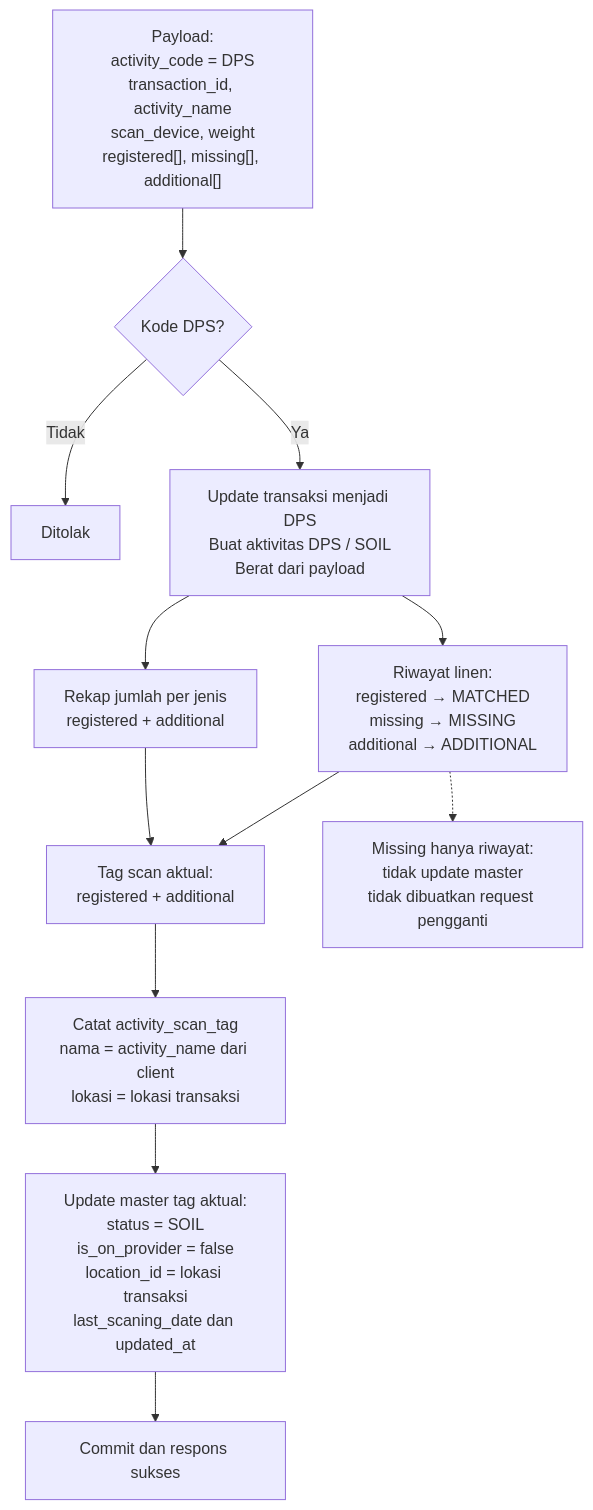
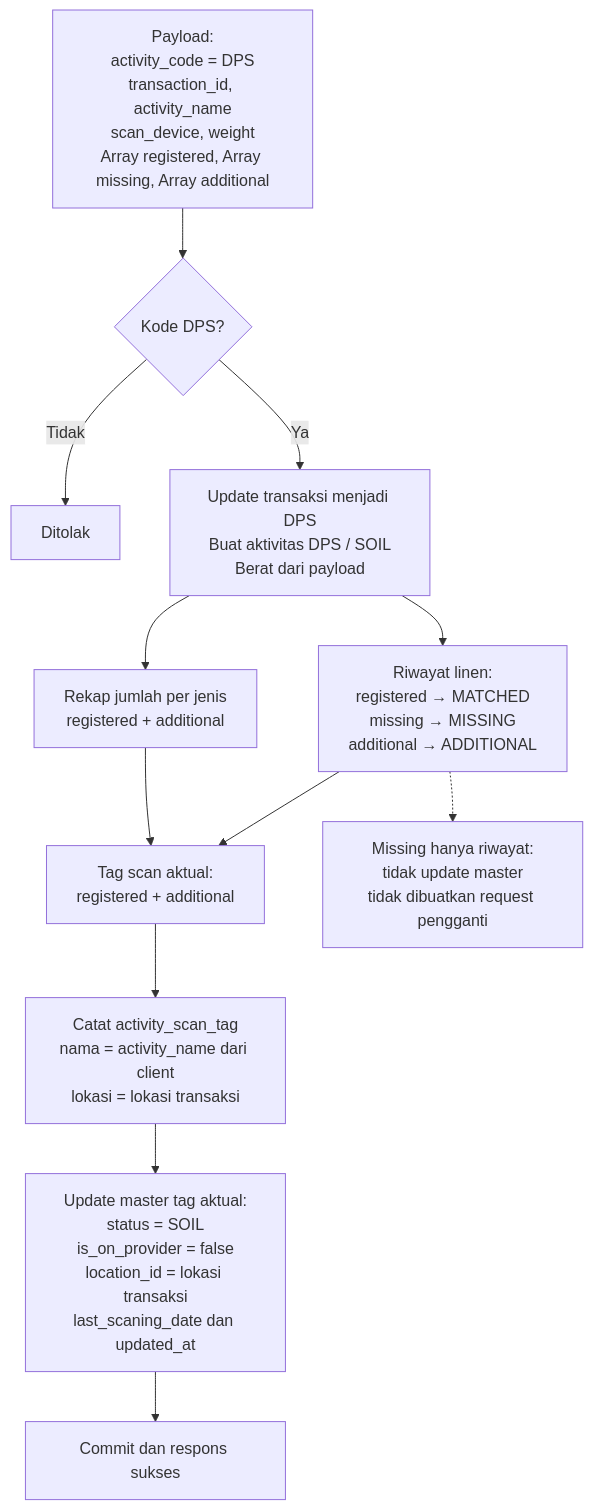
One commit to bagaskrmn/bac-flow-laundry changed the second of 2 diagrams in laundry-activities/driver-pickup-soil.md. Above: the diagram before and after it, drawn with Mermaid. The commit also changed other lines of this file, not shown here.

````diff
--- a/laundry-activities/driver-pickup-soil.md
+++ b/laundry-activities/driver-pickup-soil.md
@@ -31,18 +31,18 @@
 ```mermaid
 flowchart TD
-    IN["Payload:<br/>activity_code = DPS<br/>transaction_id, activity_name<br/>scan_device, weight<br/>registered[], missing[], additional[]"]
-    IN --> CHECK{"Kode DPS?"}
-    CHECK -->|Tidak| REJECT["Ditolak"]
-    CHECK -->|Ya| ACT["Update transaksi menjadi DPS<br/>Buat aktivitas DPS / SOIL<br/>Berat dari payload"]
+    N_IN["Payload:<br/>activity_code = DPS<br/>transaction_id, activity_name<br/>scan_device, weight<br/>Array registered, Array missing, Array additional"]
+    N_IN --> N_CHECK{"Kode DPS?"}
+    N_CHECK -->|Tidak| N_REJECT["Ditolak"]
+    N_CHECK -->|Ya| N_ACT["Update transaksi menjadi DPS<br/>Buat aktivitas DPS / SOIL<br/>Berat dari payload"]
 
-    ACT --> QTY["Rekap jumlah per jenis<br/>registered + additional"]
-    ACT --> LOG["Riwayat linen:<br/>registered → MATCHED<br/>missing → MISSING<br/>additional → ADDITIONAL"]
+    N_ACT --> N_QTY["Rekap jumlah per jenis<br/>registered + additional"]
+    N_ACT --> N_LOG["Riwayat linen:<br/>registered → MATCHED<br/>missing → MISSING<br/>additional → ADDITIONAL"]
 
-    QTY --> REAL["Tag scan aktual:<br/>registered + additional"]
-    LOG --> REAL
-    REAL --> SCAN["Catat activity_scan_tag<br/>nama = activity_name dari client<br/>lokasi = lokasi transaksi"]
-    SCAN --> MASTER["Update master tag aktual:<br/>status = SOIL<br/>is_on_provider = false<br/>location_id = lokasi transaksi<br/>last_scaning_date dan updated_at"]
-    MASTER --> DONE["Commit dan respons sukses"]
+    N_QTY --> N_REAL["Tag scan aktual:<br/>registered + additional"]
+    N_LOG --> N_REAL
+    N_REAL --> N_SCAN["Catat activity_scan_tag<br/>nama = activity_name dari client<br/>lokasi = lokasi transaksi"]
+    N_SCAN --> N_MASTER["Update master tag aktual:<br/>status = SOIL<br/>is_on_provider = false<br/>location_id = lokasi transaksi<br/>last_scaning_date dan updated_at"]
+    N_MASTER --> N_DONE["Commit dan respons sukses"]
 
-    LOG -.-> MISS["Missing hanya riwayat:<br/>tidak update master<br/>tidak dibuatkan request pengganti"]
+    N_LOG -.-> N_MISS["Missing hanya riwayat:<br/>tidak update master<br/>tidak dibuatkan request pengganti"]
 ```
````
